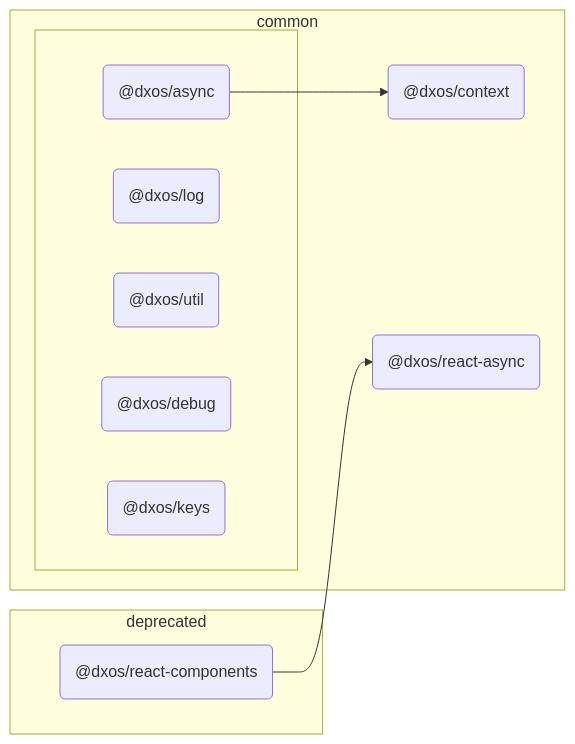
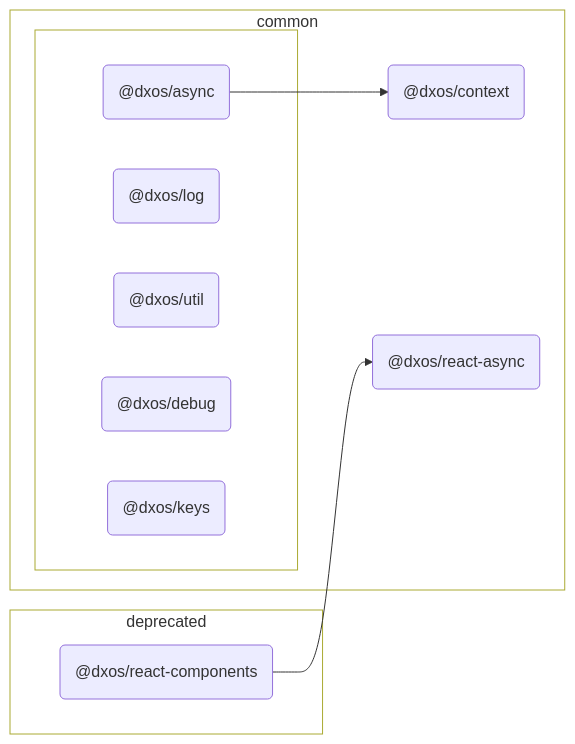
One commit to dxos/dxos changed the diagram in packages/deprecated/react-components/docs/README.md. Above: the diagram before and after it, drawn with Mermaid. The commit also changed 80 other files, not shown here.

````diff
--- a/packages/deprecated/react-components/docs/README.md
+++ b/packages/deprecated/react-components/docs/README.md
@@ -7,37 +7,43 @@
 ```mermaid
 %%{ init: {'flowchart':{'curve':'basis'}} }%%
 
 flowchart LR
 
+%% Classes
+
+
+
 %% Nodes
 
 subgraph deprecated [deprecated]
+  style deprecated fill:transparent
   dxos/react-components("@dxos/react-components"):::root
   click dxos/react-components "dxos/dxos/tree/main/packages/deprecated/react-components/docs"
 end
 
 subgraph common [common]
+  style common fill:transparent
   dxos/context("@dxos/context"):::def
   click dxos/context "dxos/dxos/tree/main/packages/common/context/docs"
   dxos/react-async("@dxos/react-async"):::def
   click dxos/react-async "dxos/dxos/tree/main/packages/common/react-async/docs"
 
   subgraph _ [ ]
+    style _ fill:transparent
     dxos/async("@dxos/async"):::def
     click dxos/async "dxos/dxos/tree/main/packages/common/async/docs"
     dxos/log("@dxos/log"):::def
     click dxos/log "dxos/dxos/tree/main/packages/common/log/docs"
     dxos/util("@dxos/util"):::def
     click dxos/util "dxos/dxos/tree/main/packages/common/util/docs"
     dxos/debug("@dxos/debug"):::def
     click dxos/debug "dxos/dxos/tree/main/packages/common/debug/docs"
     dxos/keys("@dxos/keys"):::def
     click dxos/keys "dxos/dxos/tree/main/packages/common/keys/docs"
   end
 end
 
 %% Links
-linkStyle default stroke:#333,stroke-width:1px
 dxos/async --> dxos/context
 dxos/react-components --> dxos/react-async
 ```
````
